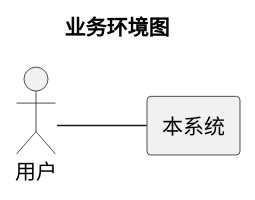
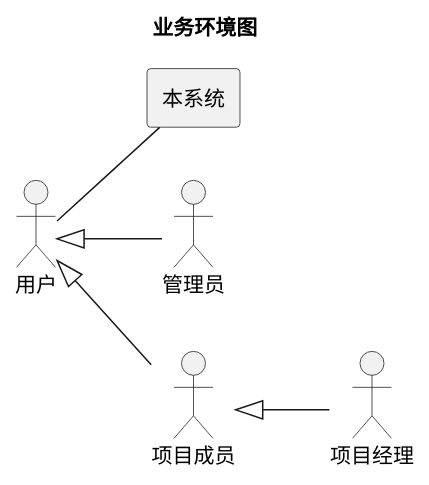
Before and after one commit to LampingSu/ocagents: the first of 6 diagrams in 产品资料/0_需求/ConDili_软件需求规格说明书.md, drawn with PlantUML. The commit also changed other lines of this file and 1 other file, not shown here.

````diff
--- a/产品资料/0_需求/ConDili_软件需求规格说明书.md
+++ b/产品资料/0_需求/ConDili_软件需求规格说明书.md
@@ -16,11 +17,15 @@
 ```plantuml
 @startuml
 title 业务环境图
 left to right direction
-actor 用户
+actor 用户 as User
+
+User <|-- 管理员
+User <|-- 项目成员
+项目成员 <|-- 项目经理
 
 rectangle "本系统" {
-  用户 -- (本系统)
+  User -- (本系统)
 }
 @enduml
 ```
````
